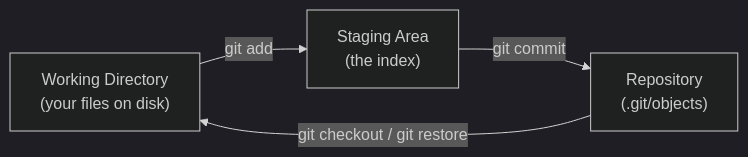
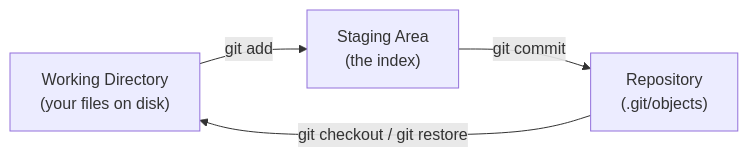
One commit to likeajumprope/Advanced-Git changed the second of 4 diagrams in modules/01-git-concepts.qmd. Above: the diagram before and after it, drawn with Mermaid. The commit also changed other lines of this file, not shown here.

Commit message:
WP: try to make mermaid commits work

````diff
--- a/modules/01-git-concepts.qmd
+++ b/modules/01-git-concepts.qmd
@@ -89,11 +89,10 @@
 ```{mermaid}
-%%{init: {'theme': 'dark'}}%%
 flowchart LR
-    W["Working Directory\n(your files on disk)"]
-    S["Staging Area\n(the index)"]
-    R["Repository\n(.git/objects)"]
+    W["Working Directory<br/>(your files on disk)"]
+    S["Staging Area<br/>(the index)"]
+    R["Repository<br/>(.git/objects)"]
 
     W -->|"git add"| S
     S -->|"git commit"| R
     R -->|"git checkout / git restore"| W
 ```
````
